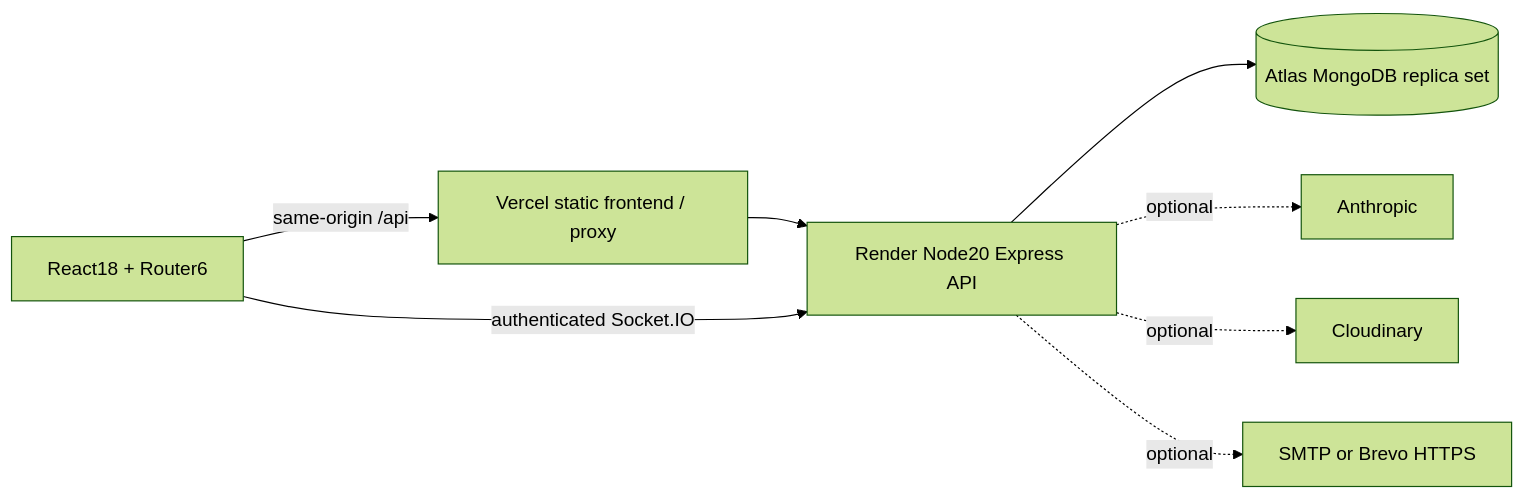
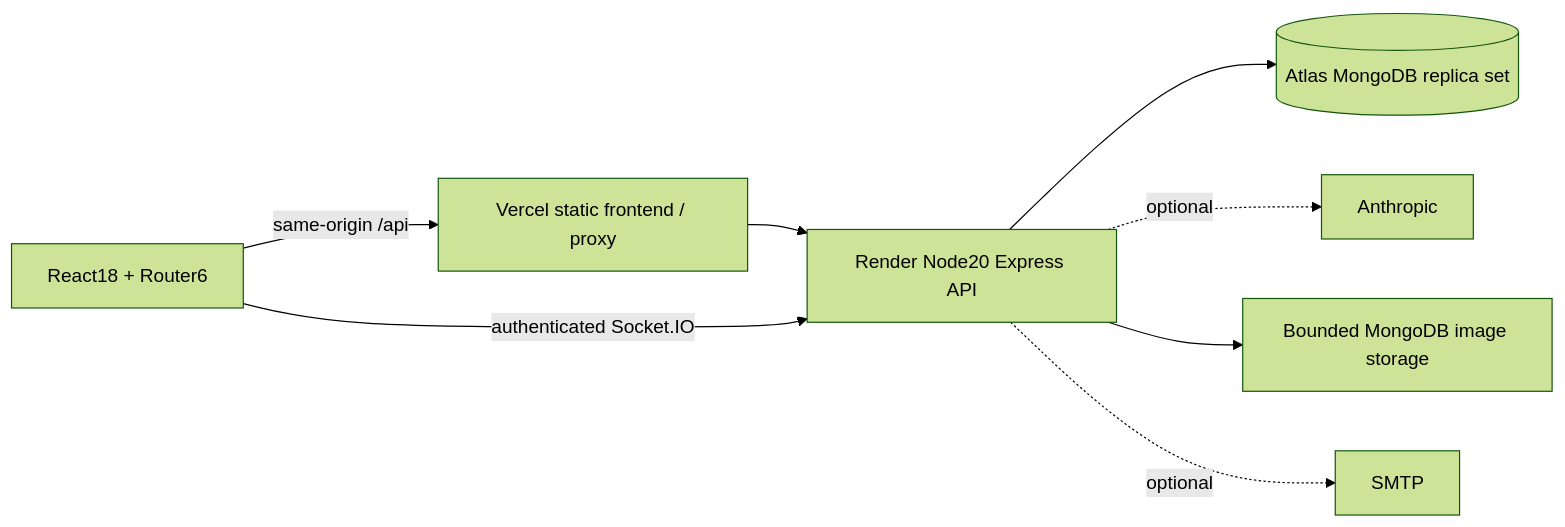
The diagram in README.md (chethan-r30/replate-ai), drawn with Mermaid (forest theme) before and after one commit. The commit also changed other lines of this file and 24 other files, not shown here.

Commit message:
feat: complete bounded database photo and private proof storage for portfolio demo

````diff
--- a/README.md
+++ b/README.md
@@ -27,10 +27,10 @@
 ```mermaid
 flowchart LR
   Browser[React18 + Router6] -->|same-origin /api| Vercel[Vercel static frontend / proxy]
   Vercel --> API[Render Node20 Express API]
   Browser -->|authenticated Socket.IO| API
   API --> DB[(Atlas MongoDB replica set)]
   API -. optional .-> Claude[Anthropic]
-  API -. optional .-> Images[Cloudinary]
-  API -. optional .-> Email[SMTP or Brevo HTTPS]
+  API --> Images[Bounded MongoDB image storage]
+  API -. optional .-> Email[SMTP]
 ```
````
